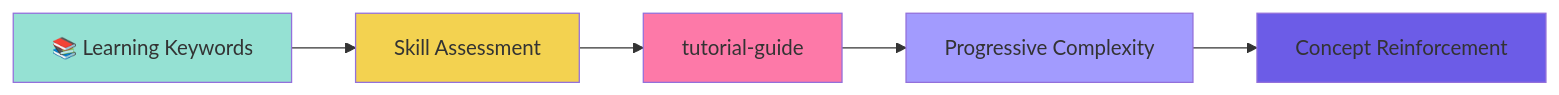
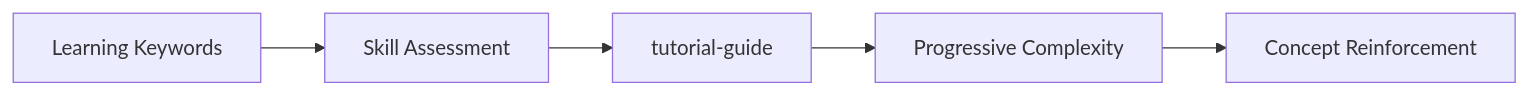
One commit to Gravicity/SAZ-Mini changed the second of 4 diagrams in README.md. Above: the diagram before and after it, drawn with Mermaid. The commit also changed other lines of this file, not shown here.

````diff
--- a/README.md
+++ b/README.md
@@ -239,13 +233,7 @@
 ```mermaid
 flowchart LR
-    A["📚 Learning Keywords"] --> B["Skill Assessment"]
-    B --> C["tutorial-guide"]
-    C --> D["Progressive Complexity"]
-    D --> E["Concept Reinforcement"]
-    
-    style A fill:#95e1d3
-    style B fill:#f3d250
-    style C fill:#fd79a8
-    style D fill:#a29bfe
-    style E fill:#6c5ce7
+    A[Learning Keywords] --> B[Skill Assessment]
+    B --> C[tutorial-guide]
+    C --> D[Progressive Complexity]
+    D --> E[Concept Reinforcement]
 ```
````
